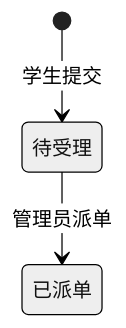
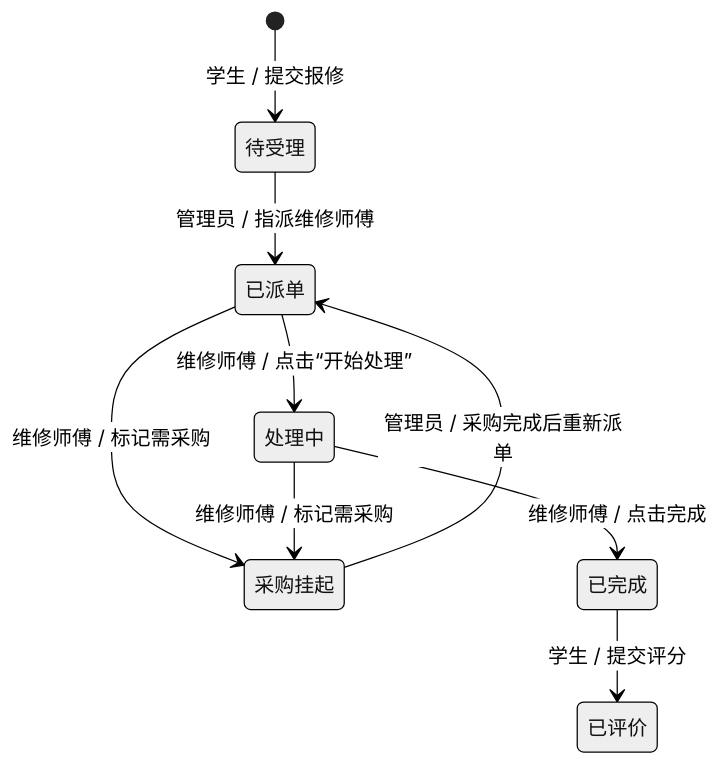
The diagram in docs/需求分析报告.md (yrf6665/-), drawn with Mermaid (neutral theme) before and after one commit. The commit also changed other lines of this file and 3 other files, not shown here.

````diff
--- a/docs/需求分析报告.md
+++ b/docs/需求分析报告.md
@@ -37,6 +56,11 @@
 ```mermaid
 stateDiagram-v2
-    [*] --> 待受理: 学生提交
-    待受理 --> 已派单: 管理员派单
-    %% 请补全：处理中、挂起、已完成、已评价、已取消……
+    [*] --> 待受理: 学生 / 提交报修
+    待受理 --> 已派单: 管理员 / 指派维修师傅
+    已派单 --> 处理中: 维修师傅 / 点击“开始处理”
+    已派单 --> 采购挂起: 维修师傅 / 标记需采购
+    处理中 --> 采购挂起: 维修师傅 / 标记需采购
+    采购挂起 --> 已派单: 管理员 / 采购完成后重新派单
+    处理中 --> 已完成: 维修师傅 / 点击完成
+    已完成 --> 已评价: 学生 / 提交评分
 ```
````
